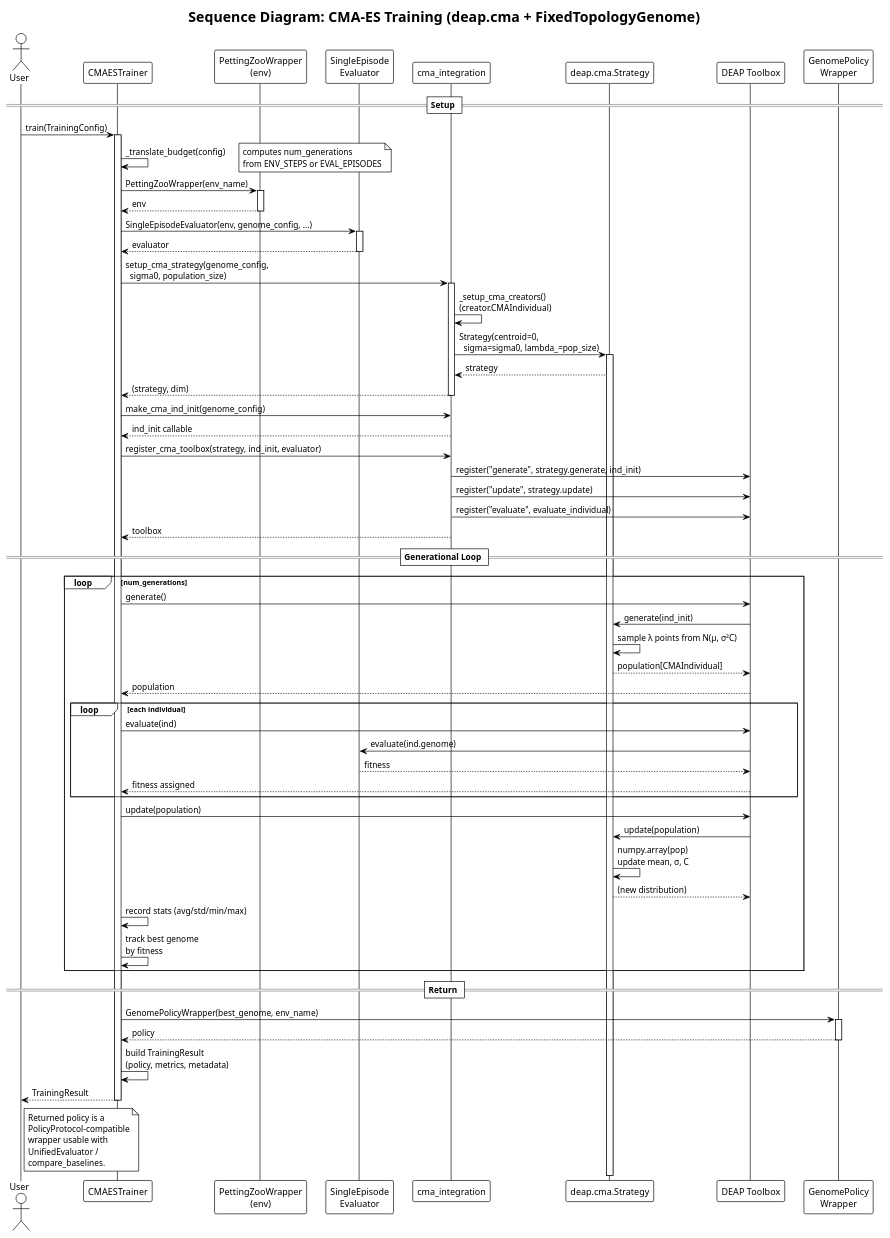
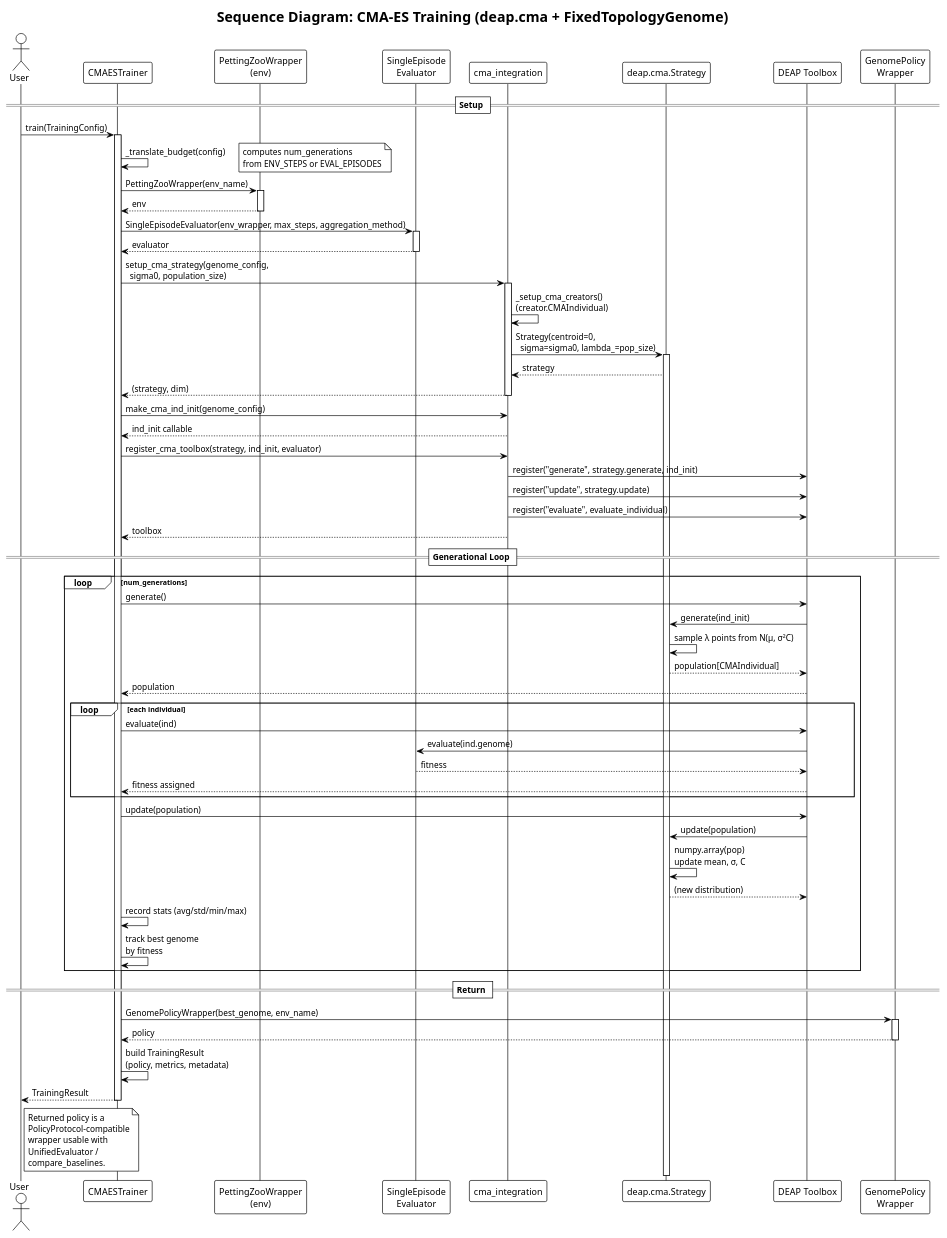
The diagram in docs/UML/sequence_cma_es_training.puml (Alex180504/DEAP-Zoo-bridge), drawn with PlantUML before and after one commit. The commit also changed 1 other file, not shown here.

Commit message:
Update UML

```diff
--- a/docs/UML/sequence_cma_es_training.puml
+++ b/docs/UML/sequence_cma_es_training.puml
@@ -1,94 +1,94 @@
 @startuml sequence_cma_es_training
 !theme plain
 title Sequence Diagram: CMA-ES Training (deap.cma + FixedTopologyGenome)
 
 actor "User" as User
 participant "CMAESTrainer" as Trainer
 participant "PettingZooWrapper\n(env)" as Env
 participant "SingleEpisode\nEvaluator" as Eval
 participant "cma_integration" as CMAInt
 participant "deap.cma.Strategy" as Strategy
 participant "DEAP Toolbox" as Toolbox
 participant "GenomePolicy\nWrapper" as PolicyWrap
 
 == Setup ==
 
 User -> Trainer : train(TrainingConfig)
 activate Trainer
 
 Trainer -> Trainer : _translate_budget(config)
 note right: computes num_generations\nfrom ENV_STEPS or EVAL_EPISODES
 
 Trainer -> Env : PettingZooWrapper(env_name)
 activate Env
 Env --> Trainer : env
 deactivate Env
 
-Trainer -> Eval : SingleEpisodeEvaluator(env, genome_config, ...)
+Trainer -> Eval : SingleEpisodeEvaluator(env_wrapper, max_steps, aggregation_method)
 activate Eval
 Eval --> Trainer : evaluator
 deactivate Eval
 
 Trainer -> CMAInt : setup_cma_strategy(genome_config,\n  sigma0, population_size)
 activate CMAInt
 CMAInt -> CMAInt : _setup_cma_creators()\n(creator.CMAIndividual)
 CMAInt -> Strategy : Strategy(centroid=0,\n  sigma=sigma0, lambda_=pop_size)
 activate Strategy
 Strategy --> CMAInt : strategy
 CMAInt --> Trainer : (strategy, dim)
 deactivate CMAInt
 
 Trainer -> CMAInt : make_cma_ind_init(genome_config)
 CMAInt --> Trainer : ind_init callable
 
 Trainer -> CMAInt : register_cma_toolbox(strategy, ind_init, evaluator)
 CMAInt -> Toolbox : register("generate", strategy.generate, ind_init)
 CMAInt -> Toolbox : register("update", strategy.update)
 CMAInt -> Toolbox : register("evaluate", evaluate_individual)
 CMAInt --> Trainer : toolbox
 
 == Generational Loop ==
 
 loop num_generations
     Trainer -> Toolbox : generate()
     Toolbox -> Strategy : generate(ind_init)
     Strategy -> Strategy : sample λ points from N(μ, σ²C)
     Strategy --> Toolbox : population[CMAIndividual]
     Toolbox --> Trainer : population
 
     loop each individual
         Trainer -> Toolbox : evaluate(ind)
         Toolbox -> Eval : evaluate(ind.genome)
         Eval --> Toolbox : fitness
         Toolbox --> Trainer : fitness assigned
     end
 
     Trainer -> Toolbox : update(population)
     Toolbox -> Strategy : update(population)
     Strategy -> Strategy : numpy.array(pop)\nupdate mean, σ, C
     Strategy --> Toolbox : (new distribution)
 
     Trainer -> Trainer : record stats (avg/std/min/max)
     Trainer -> Trainer : track best genome\nby fitness
 end
 
 == Return ==
 
 Trainer -> PolicyWrap : GenomePolicyWrapper(best_genome, env_name)
 activate PolicyWrap
 PolicyWrap --> Trainer : policy
 deactivate PolicyWrap
 
 Trainer -> Trainer : build TrainingResult\n(policy, metrics, metadata)
 Trainer --> User : TrainingResult
 deactivate Trainer
 
 note right of User
   Returned policy is a
   PolicyProtocol-compatible
   wrapper usable with
   UnifiedEvaluator /
   compare_baselines.
 end note
 
 @enduml
```
